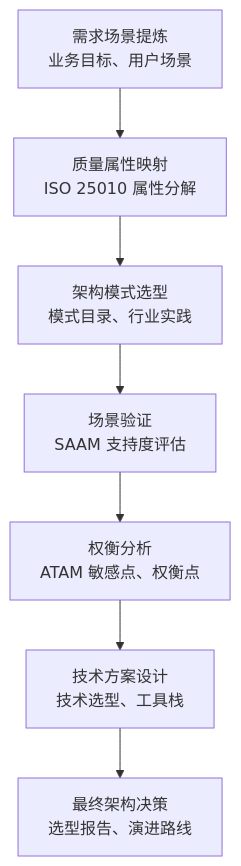
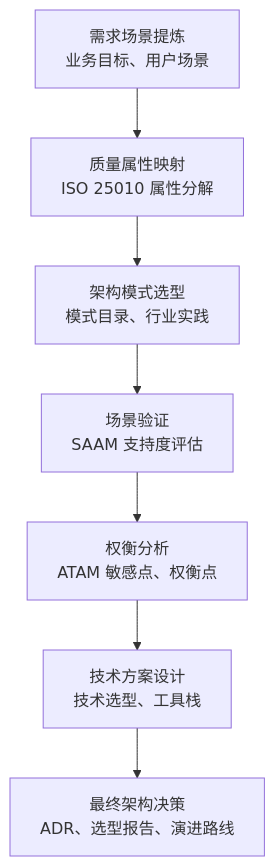
The fourth of 4 diagrams in src/content/blog/Software-Construction/Chap05.md (crashingby/homepage), drawn with Mermaid before and after one commit. The commit also changed other lines of this file and 6 other files, not shown here.

````diff
--- a/src/content/blog/Software-Construction/Chap05.md
+++ b/src/content/blog/Software-Construction/Chap05.md
@@ -455,9 +337,9 @@
 ```mermaid
 flowchart TD
   A["需求场景提炼<br/>业务目标、用户场景"] --> B["质量属性映射<br/>ISO 25010 属性分解"]
   B --> C["架构模式选型<br/>模式目录、行业实践"]
   C --> D["场景验证<br/>SAAM 支持度评估"]
   D --> E["权衡分析<br/>ATAM 敏感点、权衡点"]
   E --> F["技术方案设计<br/>技术选型、工具栈"]
-  F --> G["最终架构决策<br/>选型报告、演进路线"]
+  F --> G["最终架构决策<br/>ADR、选型报告、演进路线"]
 ```
````
